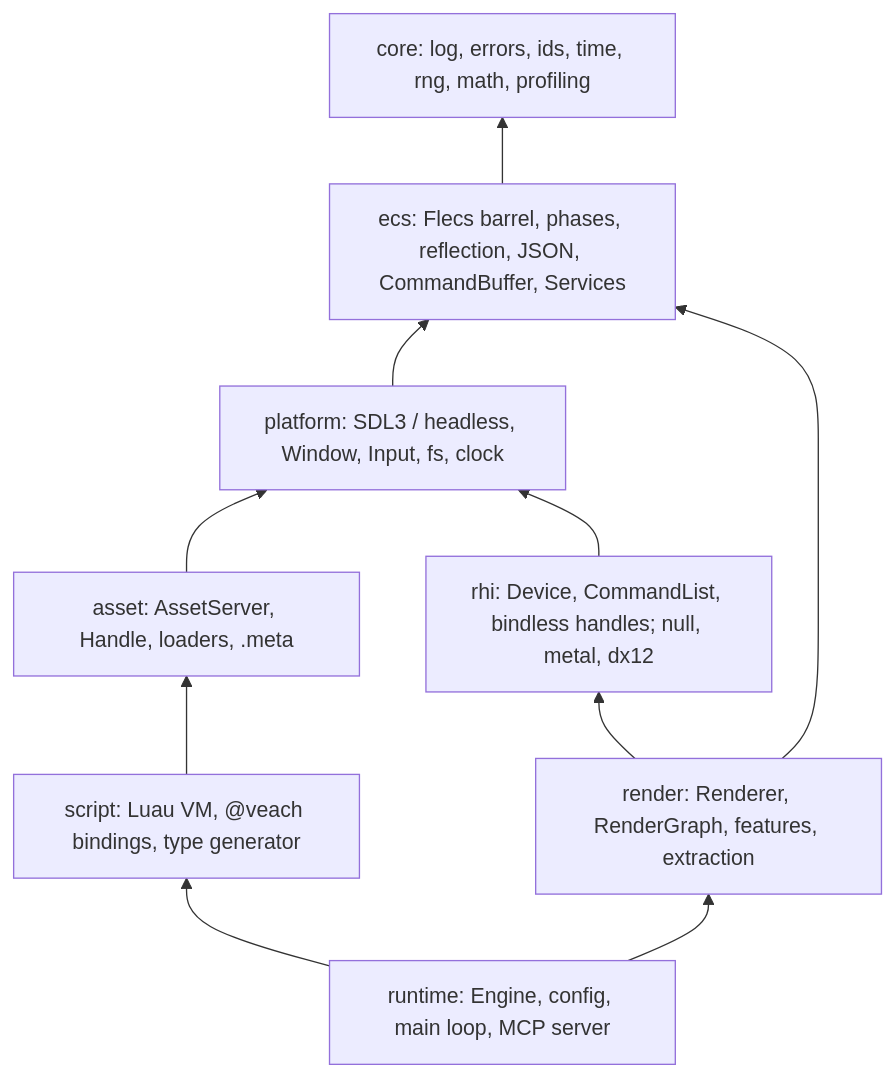
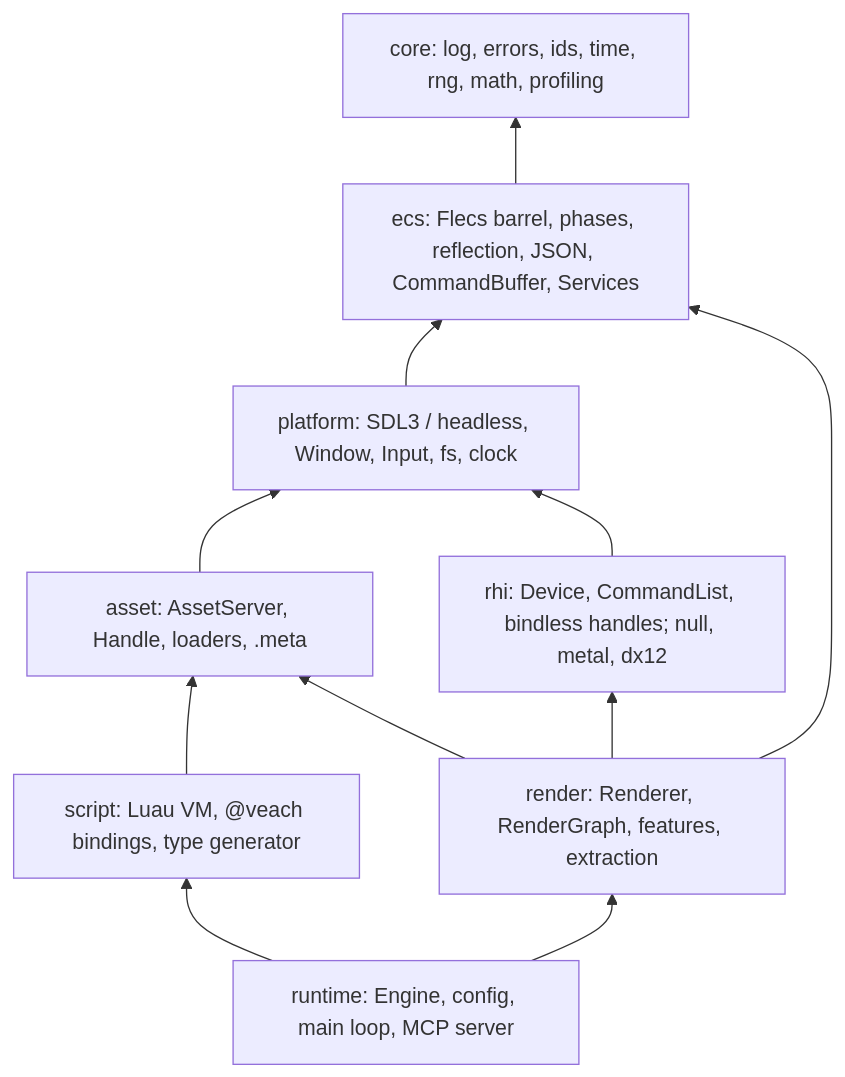
One commit to pdcamargo/veach changed the first of 2 diagrams in docs/ARCHITECTURE.md. Above: the diagram before and after it, drawn with Mermaid. The commit also changed 10 other files, not shown here.

````diff
--- a/docs/ARCHITECTURE.md
+++ b/docs/ARCHITECTURE.md
@@ -47,20 +47,21 @@
 ```mermaid
 flowchart BT
     core["core: log, errors, ids, time, rng, math, profiling"]
     ecs["ecs: Flecs barrel, phases, reflection, JSON, CommandBuffer, Services"]
     platform["platform: SDL3 / headless, Window, Input, fs, clock"]
     asset["asset: AssetServer, Handle, loaders, .meta"]
     script["script: Luau VM, @veach bindings, type generator"]
     rhi["rhi: Device, CommandList, bindless handles; null, metal, dx12"]
     render["render: Renderer, RenderGraph, features, extraction"]
     runtime["runtime: Engine, config, main loop, MCP server"]
     ecs --> core
     platform --> ecs
     asset --> platform
     script --> asset
     rhi --> platform
     render --> rhi
     render --> ecs
+    render --> asset
     runtime --> script
     runtime --> render
 ```
````
